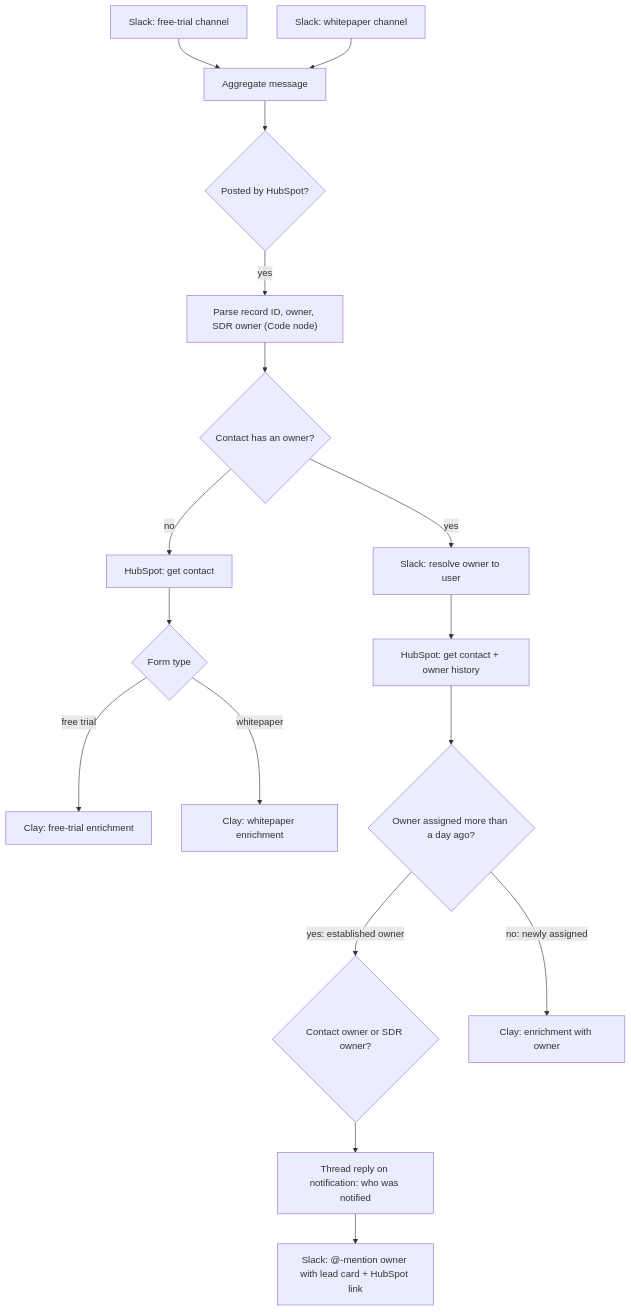
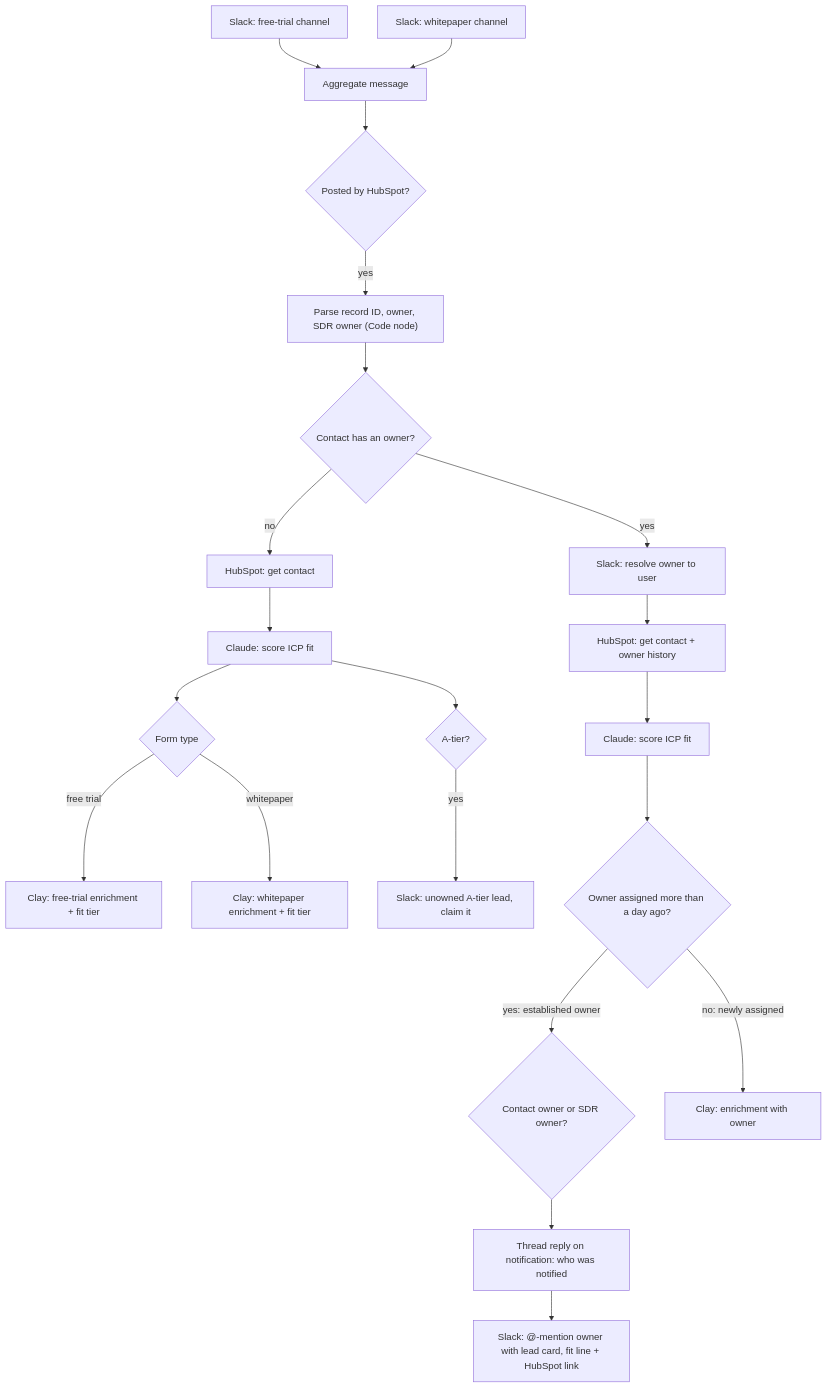
One commit to amjaddwikat/gtm-workflows changed the diagram in docs/case-studies/02-inbound-speed-to-lead.md. Above: the diagram before and after it, drawn with Mermaid. The commit also changed other lines of this file and 13 other files, not shown here.

````diff
--- a/docs/case-studies/02-inbound-speed-to-lead.md
+++ b/docs/case-studies/02-inbound-speed-to-lead.md
@@ -21,18 +22,20 @@
 ```mermaid
 flowchart TD
     FT["Slack: free-trial channel"] --> AG["Aggregate message"]
     WP["Slack: whitepaper channel"] --> AG
     AG --> HS{"Posted by HubSpot?"}
     HS -->|yes| EX["Parse record ID, owner, SDR owner (Code node)"]
     EX --> OW{"Contact has an owner?"}
 
-    OW -->|no| C0["HubSpot: get contact"] --> T0{"Form type"}
-    T0 -->|free trial| CL1["Clay: free-trial enrichment"]
-    T0 -->|whitepaper| CL2["Clay: whitepaper enrichment"]
+    OW -->|no| C0["HubSpot: get contact"] --> SC0["Claude: score ICP fit"] --> T0{"Form type"}
+    T0 -->|free trial| CL1["Clay: free-trial enrichment + fit tier"]
+    T0 -->|whitepaper| CL2["Clay: whitepaper enrichment + fit tier"]
+    SC0 --> A0{"A-tier?"}
+    A0 -->|yes| AL0["Slack: unowned A-tier lead, claim it"]
 
     OW -->|yes| SU["Slack: resolve owner to user"] --> C1["HubSpot: get contact + owner history"]
-    C1 --> AGE{"Owner assigned more than a day ago?"}
+    C1 --> SC1["Claude: score ICP fit"] --> AGE{"Owner assigned more than a day ago?"}
     AGE -->|yes: established owner| WHO{"Contact owner or SDR owner?"}
-    WHO --> TH["Thread reply on notification: who was notified"] --> AT["Slack: @-mention owner with lead card + HubSpot link"]
+    WHO --> TH["Thread reply on notification: who was notified"] --> AT["Slack: @-mention owner with lead card, fit line + HubSpot link"]
     AGE -->|no: newly assigned| CL3["Clay: enrichment with owner"]
 ```
````
